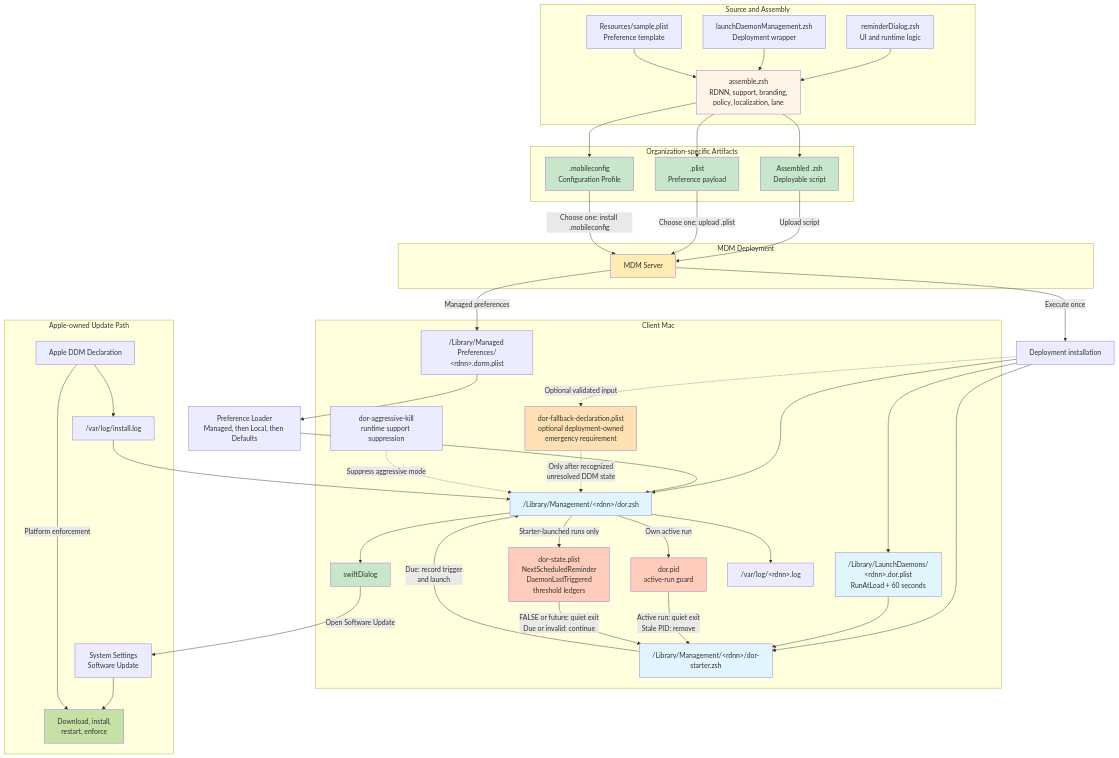
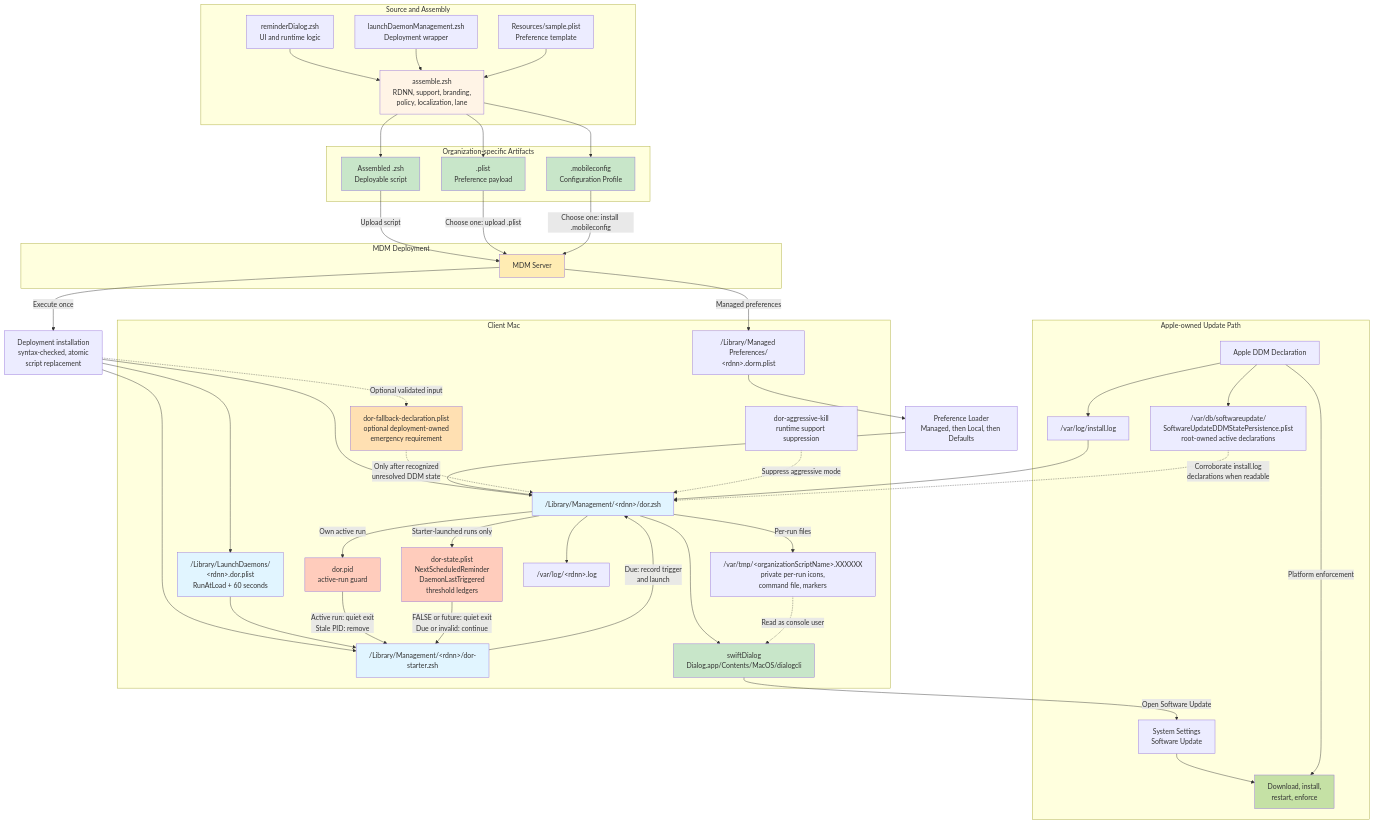
The diagram in Diagrams/01-system-architecture.md (dan-snelson/DDM-OS-Reminder), drawn with Mermaid before and after one commit. The commit also changed other lines of this file and 45 other files, not shown here.

```diff
--- a/Diagrams/01-system-architecture.md
+++ b/Diagrams/01-system-architecture.md
@@ -42,12 +42,13 @@
         FALLBACK["dor-fallback-declaration.plist<br/>optional deployment-owned<br/>emergency requirement"]
         KILL["dor-aggressive-kill<br/>runtime support suppression"]
         DAEMON["/Library/LaunchDaemons/<br/>&lt;rdnn&gt;.dor.plist<br/>RunAtLoad + 60 seconds"]
-        DIALOG["swiftDialog"]
+        DIALOG["swiftDialog<br/>Dialog.app/Contents/MacOS/dialogcli"]
+        RUNDIR["/var/tmp/&lt;organizationScriptName&gt;.XXXXXX<br/>private per-run icons,<br/>command file, markers"]
         LOG["/var/log/&lt;rdnn&gt;.log"]
     end
 
     MDM -->|Managed preferences| MANAGED
-    MDM -->|Execute once| INSTALL["Deployment installation"]
+    MDM -->|Execute once| INSTALL["Deployment installation<br/>syntax-checked, atomic<br/>script replacement"]
     INSTALL --> MAIN
     INSTALL --> STARTER
     INSTALL --> DAEMON
@@ -65,16 +66,21 @@
     MAIN -->|Starter-launched runs only| STATE
     MAIN -->|Own active run| PID
     MAIN --> DIALOG
+    MAIN -->|Per-run files| RUNDIR
+    RUNDIR -.->|Read as console user| DIALOG
     MAIN --> LOG
 
     subgraph Apple["Apple-owned Update Path"]
         DDM["Apple DDM Declaration"]
         INSTALLLOG["/var/log/install.log"]
+        SUSTATE["/var/db/softwareupdate/<br/>SoftwareUpdateDDMStatePersistence.plist<br/>root-owned active declarations"]
         SETTINGS["System Settings<br/>Software Update"]
         UPDATE["Download, install,<br/>restart, enforce"]
 
         DDM --> INSTALLLOG
+        DDM --> SUSTATE
         INSTALLLOG --> MAIN
+        SUSTATE -.->|Corroborate install.log<br/>declarations when readable| MAIN
         DIALOG -->|Open Software Update| SETTINGS
         SETTINGS --> UPDATE
         DDM -->|Platform enforcement| UPDATE
```
